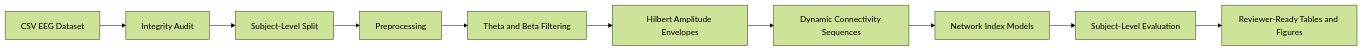
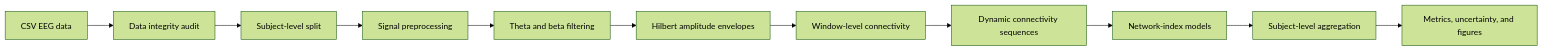
One commit to Mukhanovaa/EEG_ADHD_Dynamic_Envelope_Connectivity_Hybrid_ST_Graph_Transformer changed the diagram in README.md. Above: the diagram before and after it, drawn with Mermaid (forest theme). The commit also changed other lines of this file, not shown here.

````diff
--- a/README.md
+++ b/README.md
@@ -37,12 +53,13 @@
 ```mermaid
 flowchart LR
-    A[CSV EEG Dataset] --> B[Integrity Audit]
-    B --> C[Subject-Level Split]
-    C --> D[Preprocessing]
-    D --> E[Theta and Beta Filtering]
-    E --> F[Hilbert Amplitude Envelopes]
-    F --> G[Dynamic Connectivity Sequences]
-    G --> H[Network Index Models]
-    H --> I[Subject-Level Evaluation]
-    I --> J[Reviewer-Ready Tables and Figures]
+    A[CSV EEG data] --> B[Data integrity audit]
+    B --> C[Subject-level split]
+    C --> D[Signal preprocessing]
+    D --> E[Theta and beta filtering]
+    E --> F[Hilbert amplitude envelopes]
+    F --> G[Window-level connectivity]
+    G --> H[Dynamic connectivity sequences]
+    H --> I[Network-index models]
+    I --> J[Subject-level aggregation]
+    J --> K[Metrics, uncertainty, and figures]
 ```
````
